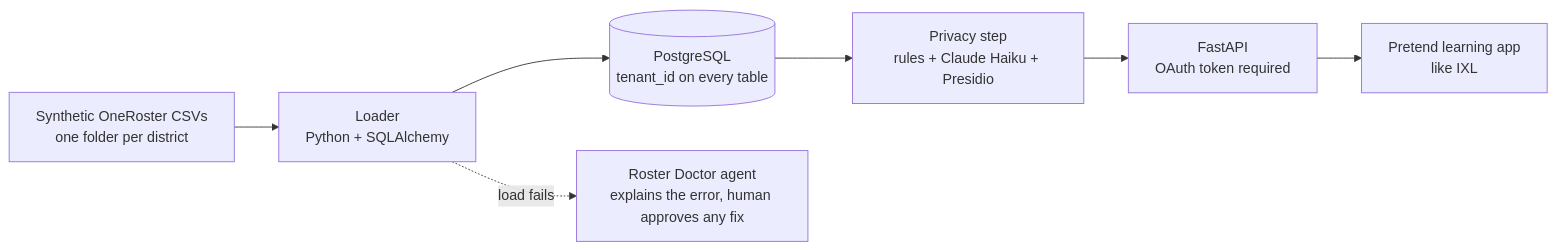
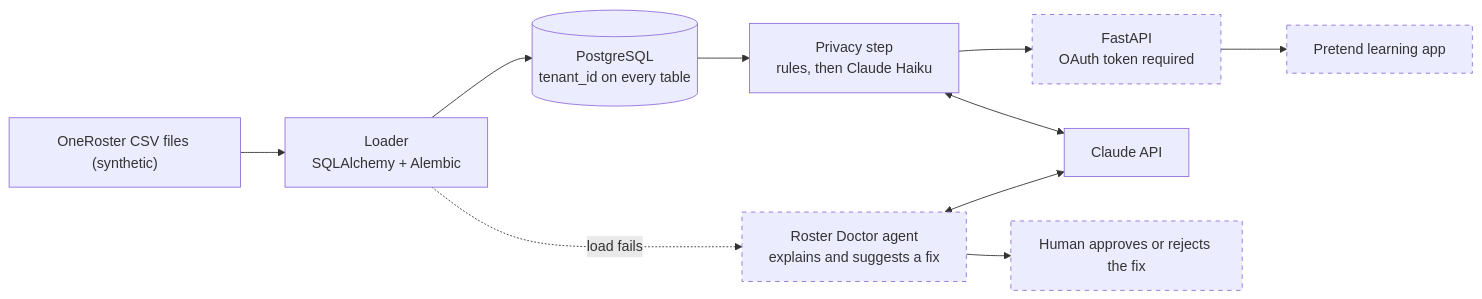
The diagram in README.md (tobifotis/ai-roster-privacy-pipeline), drawn with Mermaid before and after one commit. The commit also changed other lines of this file and 6 other files, not shown here.

Commit message:
Add privacy step: rules, Claude Haiku, Presidio, and scoring

````diff
--- a/README.md
+++ b/README.md
@@ -13,9 +15,15 @@
 ```mermaid
 flowchart LR
-    A["Synthetic OneRoster CSVs<br/>one folder per district"] --> B["Loader<br/>Python + SQLAlchemy"]
+    A["OneRoster CSV files (synthetic)"] --> B["Loader<br/>SQLAlchemy + Alembic"]
     B --> C[("PostgreSQL<br/>tenant_id on every table")]
-    C --> D["Privacy step<br/>rules + Claude Haiku + Presidio"]
+    C --> D["Privacy step<br/>rules, then Claude Haiku"]
     D --> E["FastAPI<br/>OAuth token required"]
-    E --> F["Pretend learning app<br/>like IXL"]
-    B -. "load fails" .-> G["Roster Doctor agent<br/>explains the error, human approves any fix"]
+    E --> F["Pretend learning app"]
+    D <--> X["Claude API"]
+    B -. "load fails" .-> G["Roster Doctor agent<br/>explains and suggests a fix"]
+    G <--> X
+    G --> H["Human approves or rejects the fix"]
+
+    classDef planned stroke-dasharray: 5 5
+    class E,F,G,H planned
 ```
````
